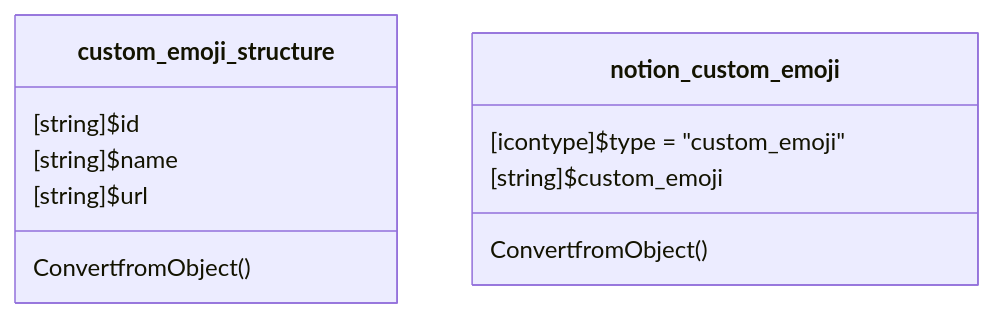
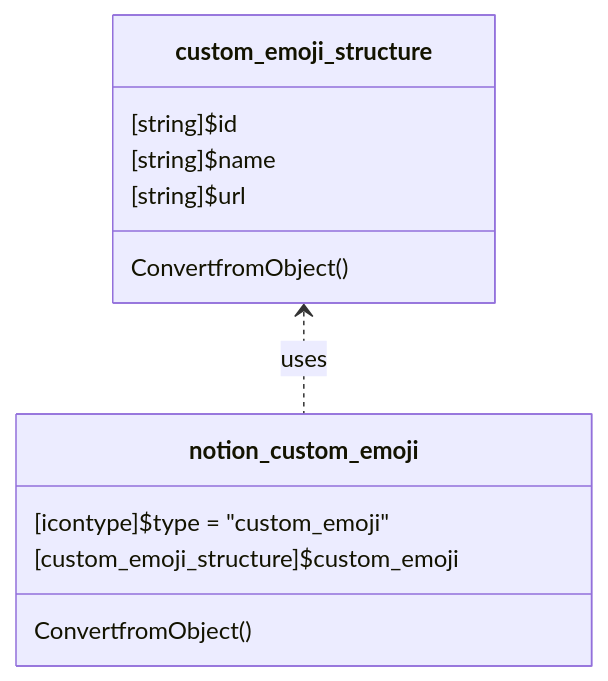
The diagram in source/WikiSource/Classes/Emoji/02_custom_emoji.md (fasteiner/Notion), drawn with Mermaid before and after one commit. The commit also changed 80 other files, not shown here.

````diff
--- a/source/WikiSource/Classes/Emoji/02_custom_emoji.md
+++ b/source/WikiSource/Classes/Emoji/02_custom_emoji.md
@@ -5,14 +5,16 @@
 ```mermaid
 classDiagram
     class custom_emoji_structure {
         [string]$id
         [string]$name
         [string]$url
         ConvertfromObject()
     }   
     class notion_custom_emoji {
         [icontype]$type = "custom_emoji"
-        [string]$custom_emoji
+        [custom_emoji_structure]$custom_emoji
         ConvertfromObject()
     }
+
+    `custom_emoji_structure` <.. `notion_custom_emoji`:uses
 ```
````
